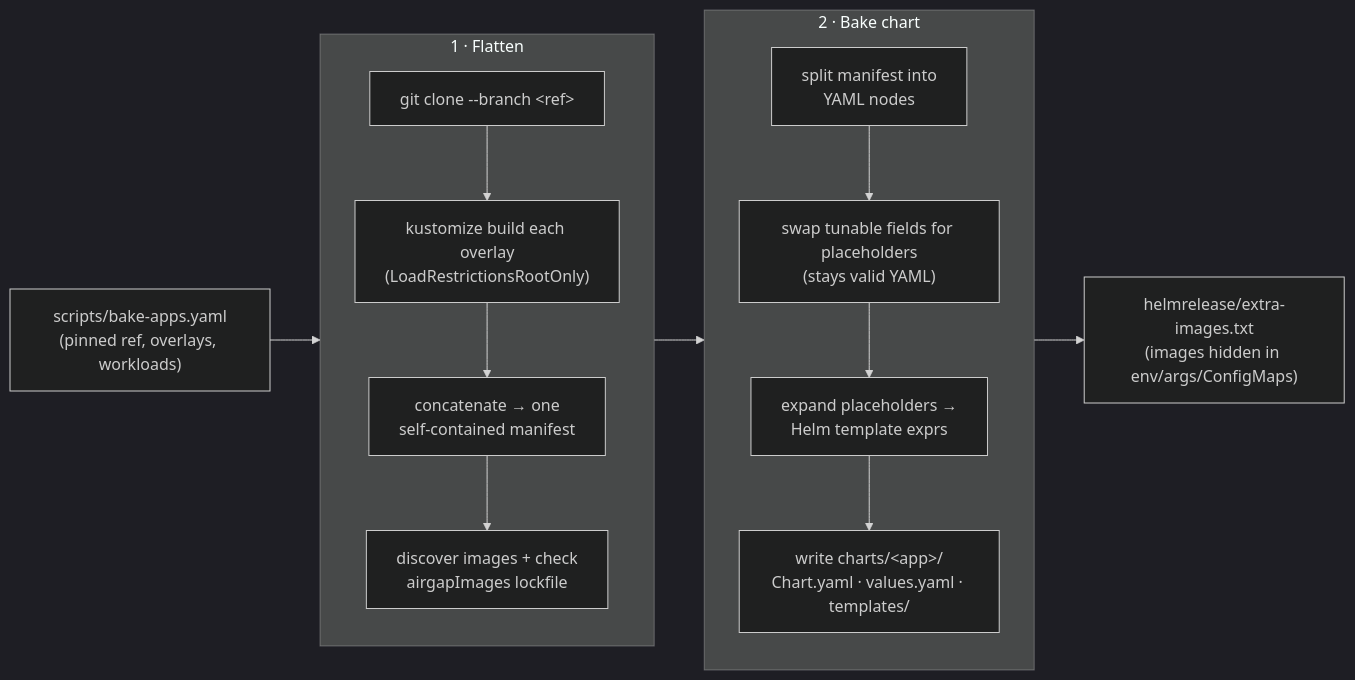
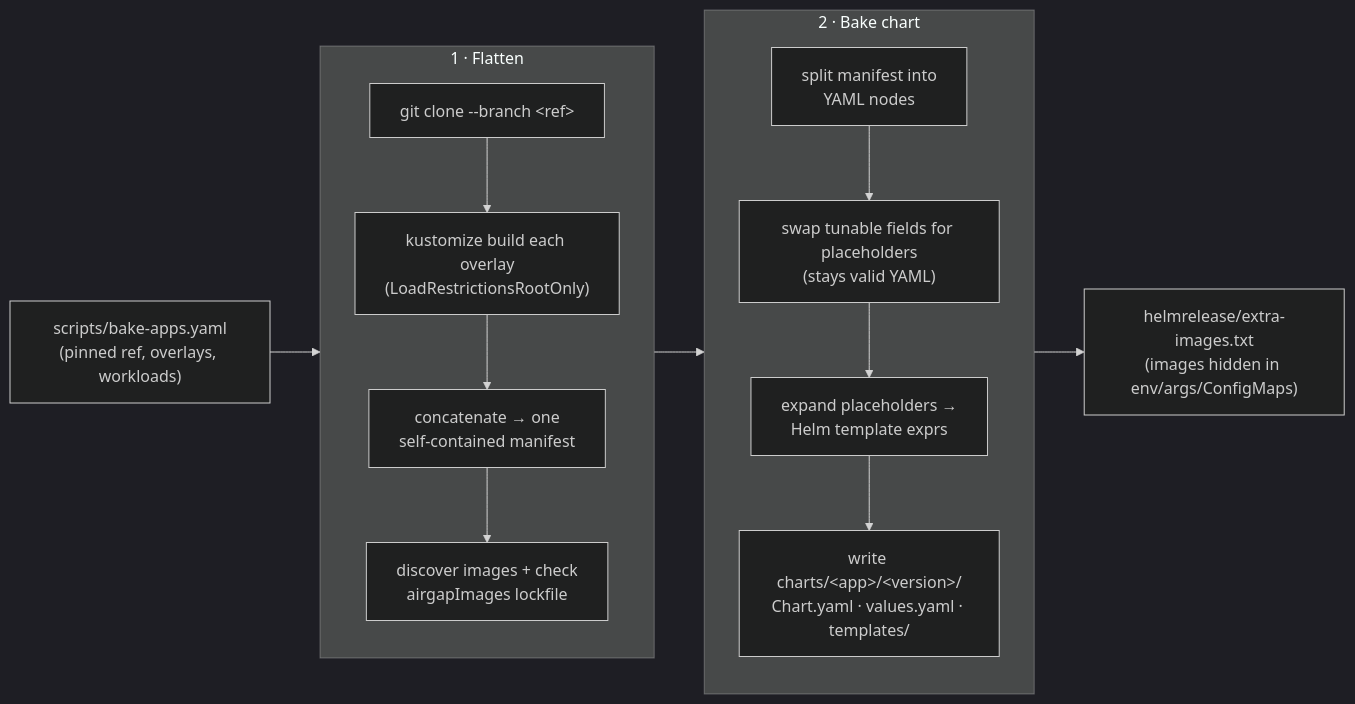
The diagram in tools/bake/README.md (nutanix-cloud-native/nkp-ai-applications-catalog), drawn with Mermaid (dark theme) before and after one commit. The commit also changed other lines of this file and 19 other files, not shown here.

Commit message:
refactor: version first party and baked umbrella charts (#167)

````diff
--- a/tools/bake/README.md
+++ b/tools/bake/README.md
@@ -41,22 +41,22 @@
 ```mermaid
 flowchart LR
     IN["scripts/bake-apps.yaml<br/>(pinned ref, overlays, workloads)"] --> FLATTEN
 
     subgraph FLATTEN["1 · Flatten"]
         direction TB
         B["git clone --branch &lt;ref&gt;"] --> C["kustomize build each overlay<br/>(LoadRestrictionsRootOnly)"]
         C --> D["concatenate → one<br/>self-contained manifest"]
         D --> E["discover images + check<br/>airgapImages lockfile"]
     end
 
     FLATTEN --> BAKE
 
     subgraph BAKE["2 · Bake chart"]
         direction TB
         F["split manifest into<br/>YAML nodes"] --> G["swap tunable fields for placeholders<br/>(stays valid YAML)"]
         G --> H["expand placeholders →<br/>Helm template exprs"]
-        H --> I["write charts/&lt;app&gt;/<br/>Chart.yaml · values.yaml · templates/"]
+        H --> I["write charts/&lt;app&gt;/&lt;version&gt;/<br/>Chart.yaml · values.yaml · templates/"]
     end
 
     BAKE --> OUT["helmrelease/extra-images.txt<br/>(images hidden in env/args/ConfigMaps)"]
 ```
````
